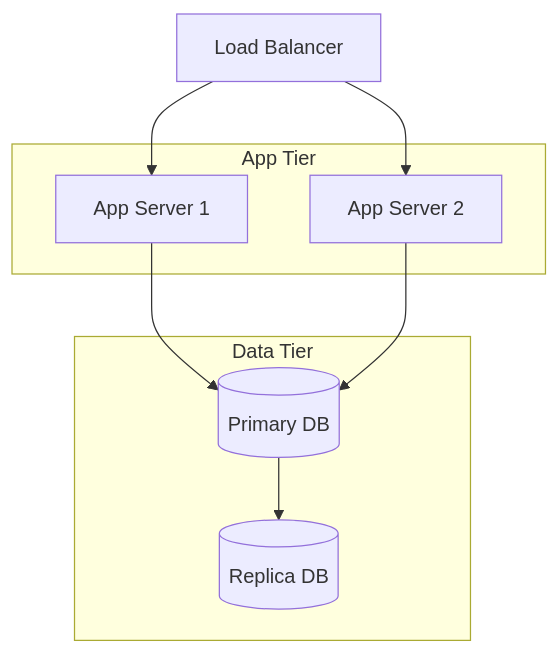
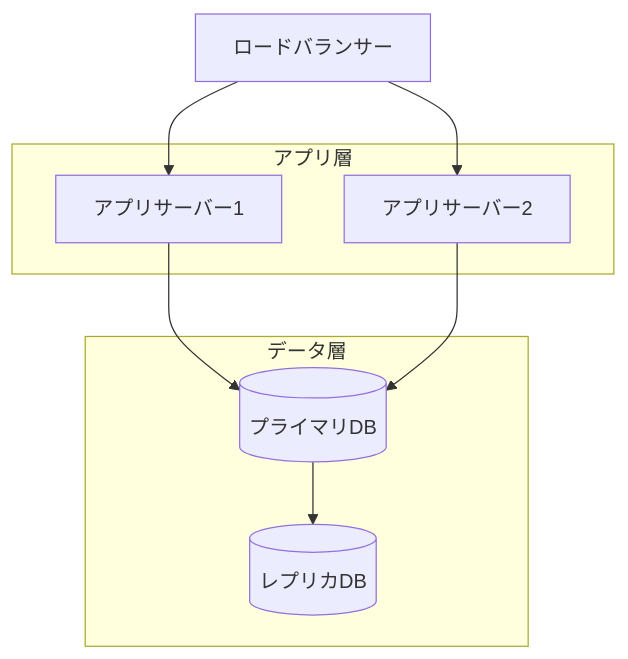
The sixth of 6 diagrams in plugins/spec-plugin/skills/system-design/assets/templates/system-design.md (DIO0550/d-market), drawn with Mermaid before and after one commit. The commit also changed other lines of this file and 16 other files, not shown here.

````diff
--- a/plugins/spec-plugin/skills/system-design/assets/templates/system-design.md
+++ b/plugins/spec-plugin/skills/system-design/assets/templates/system-design.md
@@ -213,18 +213,18 @@
 ```mermaid
 graph TB
-    LB[Load Balancer]
-    subgraph App Tier
-        A1[App Server 1]
-        A2[App Server 2]
+    LB[ロードバランサー]
+    subgraph アプリ層
+        A1[アプリサーバー1]
+        A2[アプリサーバー2]
     end
-    subgraph Data Tier
-        DB[(Primary DB)]
-        DBR[(Replica DB)]
+    subgraph データ層
+        DB[(プライマリDB)]
+        DBR[(レプリカDB)]
     end
 
     LB --> A1
     LB --> A2
     A1 --> DB
     A2 --> DB
     DB --> DBR
 ```
````
